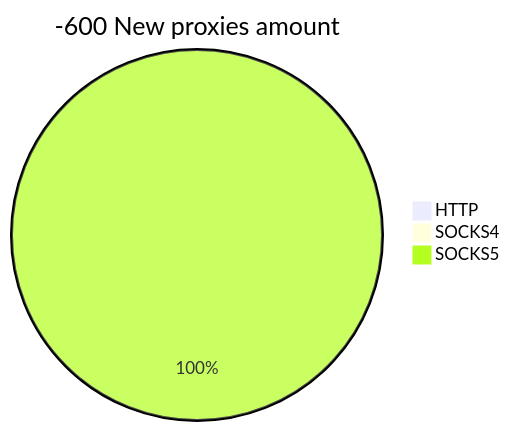
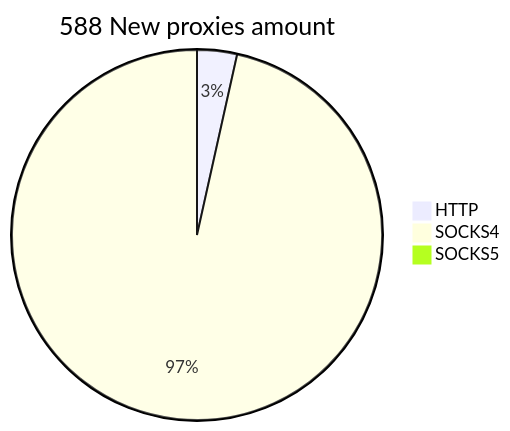
Before and after one commit to cutipu/proxylist: the second of 2 diagrams in README.md, drawn with Mermaid. The commit also changed other lines of this file, not shown here.

````diff
--- a/README.md
+++ b/README.md
@@ -10,6 +10,6 @@
 ```mermaid
-pie title -600 New proxies amount
-    "HTTP" : 0
-    "SOCKS4" : 0
-    "SOCKS5" : 1
+pie title 588 New proxies amount
+    "HTTP" : 21
+    "SOCKS4" : 582
+    "SOCKS5" : 0
 ```
````
